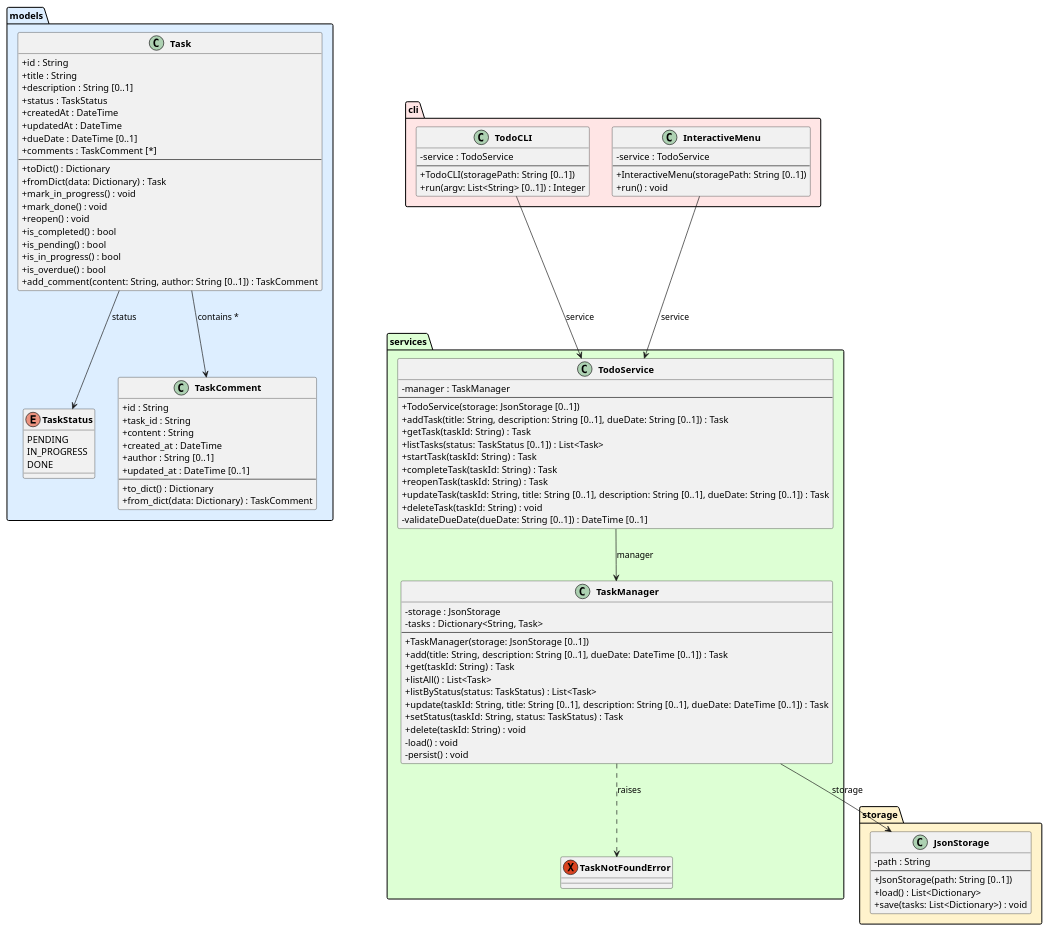
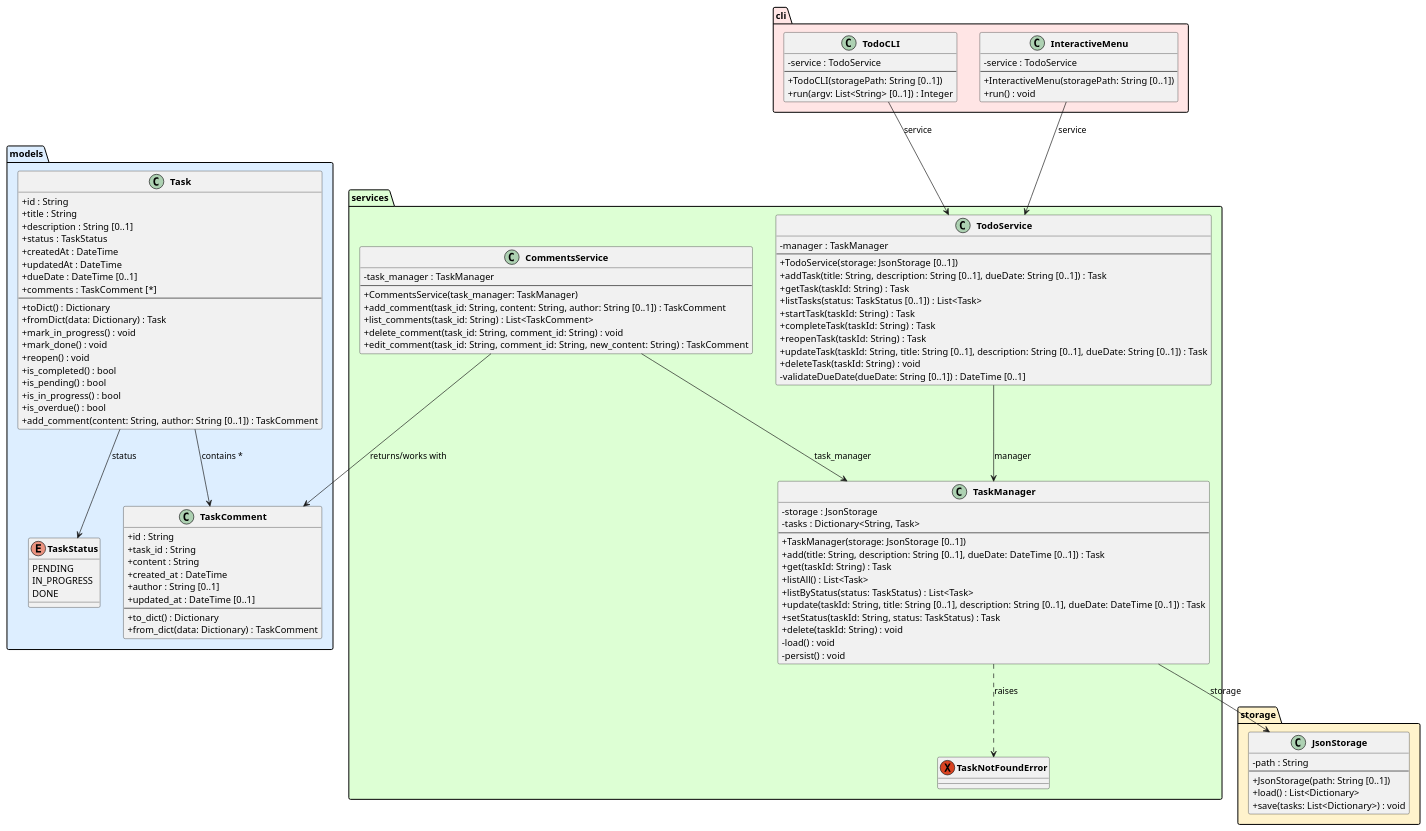
Before and after one commit to DanielRiha8906/Software_autoevolution_using_agents: the diagram in experiments/pipeline/user_stories/TODO/artifacts/class_diagram.puml, drawn with PlantUML. The commit also changed 7 other files, not shown here.

```diff
--- a/experiments/pipeline/user_stories/TODO/artifacts/class_diagram.puml
+++ b/experiments/pipeline/user_stories/TODO/artifacts/class_diagram.puml
@@ -1,117 +1,129 @@
 @startuml class_diagram
 
 skinparam classAttributeIconSize 0
 skinparam classFontStyle bold
 
 package "models" #DDEEFF {
     enum TaskStatus {
         PENDING
         IN_PROGRESS
         DONE
     }
 
     class Task {
         +id : String
         +title : String
         +description : String [0..1]
         +status : TaskStatus
         +createdAt : DateTime
         +updatedAt : DateTime
         +dueDate : DateTime [0..1]
         +comments : TaskComment [*]
         --
         +toDict() : Dictionary
         +fromDict(data: Dictionary) : Task
         +mark_in_progress() : void
         +mark_done() : void
         +reopen() : void
         +is_completed() : bool
         +is_pending() : bool
         +is_in_progress() : bool
         +is_overdue() : bool
         +add_comment(content: String, author: String [0..1]) : TaskComment
     }
 
     class TaskComment {
         +id : String
         +task_id : String
         +content : String
         +created_at : DateTime
         +author : String [0..1]
         +updated_at : DateTime [0..1]
         --
         +to_dict() : Dictionary
         +from_dict(data: Dictionary) : TaskComment
     }
 }
 
 package "storage" #FFF3CC {
     class JsonStorage {
         -path : String
         --
         +JsonStorage(path: String [0..1])
         +load() : List<Dictionary>
         +save(tasks: List<Dictionary>) : void
     }
 }
 
 package "services" #DDFFD4 {
     exception TaskNotFoundError
 
     class TaskManager {
         -storage : JsonStorage
         -tasks : Dictionary<String, Task>
         --
         +TaskManager(storage: JsonStorage [0..1])
         +add(title: String, description: String [0..1], dueDate: DateTime [0..1]) : Task
         +get(taskId: String) : Task
         +listAll() : List<Task>
         +listByStatus(status: TaskStatus) : List<Task>
         +update(taskId: String, title: String [0..1], description: String [0..1], dueDate: DateTime [0..1]) : Task
         +setStatus(taskId: String, status: TaskStatus) : Task
         +delete(taskId: String) : void
         -load() : void
         -persist() : void
     }
 
     class TodoService {
         -manager : TaskManager
         --
         +TodoService(storage: JsonStorage [0..1])
         +addTask(title: String, description: String [0..1], dueDate: String [0..1]) : Task
         +getTask(taskId: String) : Task
         +listTasks(status: TaskStatus [0..1]) : List<Task>
         +startTask(taskId: String) : Task
         +completeTask(taskId: String) : Task
         +reopenTask(taskId: String) : Task
         +updateTask(taskId: String, title: String [0..1], description: String [0..1], dueDate: String [0..1]) : Task
         +deleteTask(taskId: String) : void
         -validateDueDate(dueDate: String [0..1]) : DateTime [0..1]
     }
+
+    class CommentsService {
+        -task_manager : TaskManager
+        --
+        +CommentsService(task_manager: TaskManager)
+        +add_comment(task_id: String, content: String, author: String [0..1]) : TaskComment
+        +list_comments(task_id: String) : List<TaskComment>
+        +delete_comment(task_id: String, comment_id: String) : void
+        +edit_comment(task_id: String, comment_id: String, new_content: String) : TaskComment
+    }
 }
 
 package "cli" #FFE5E5 {
     class TodoCLI {
         -service : TodoService
         --
         +TodoCLI(storagePath: String [0..1])
         +run(argv: List<String> [0..1]) : Integer
     }
 
     class InteractiveMenu {
         -service : TodoService
         --
         +InteractiveMenu(storagePath: String [0..1])
         +run() : void
     }
 }
 
 Task --> TaskStatus : status
 Task --> TaskComment : contains *
 TaskManager --> JsonStorage : storage
 TaskManager ..> TaskNotFoundError : raises
 TodoService --> TaskManager : manager
+CommentsService --> TaskManager : task_manager
+CommentsService --> TaskComment : returns/works with
 TodoCLI --> TodoService : service
 InteractiveMenu --> TodoService : service
 
 @enduml
```
